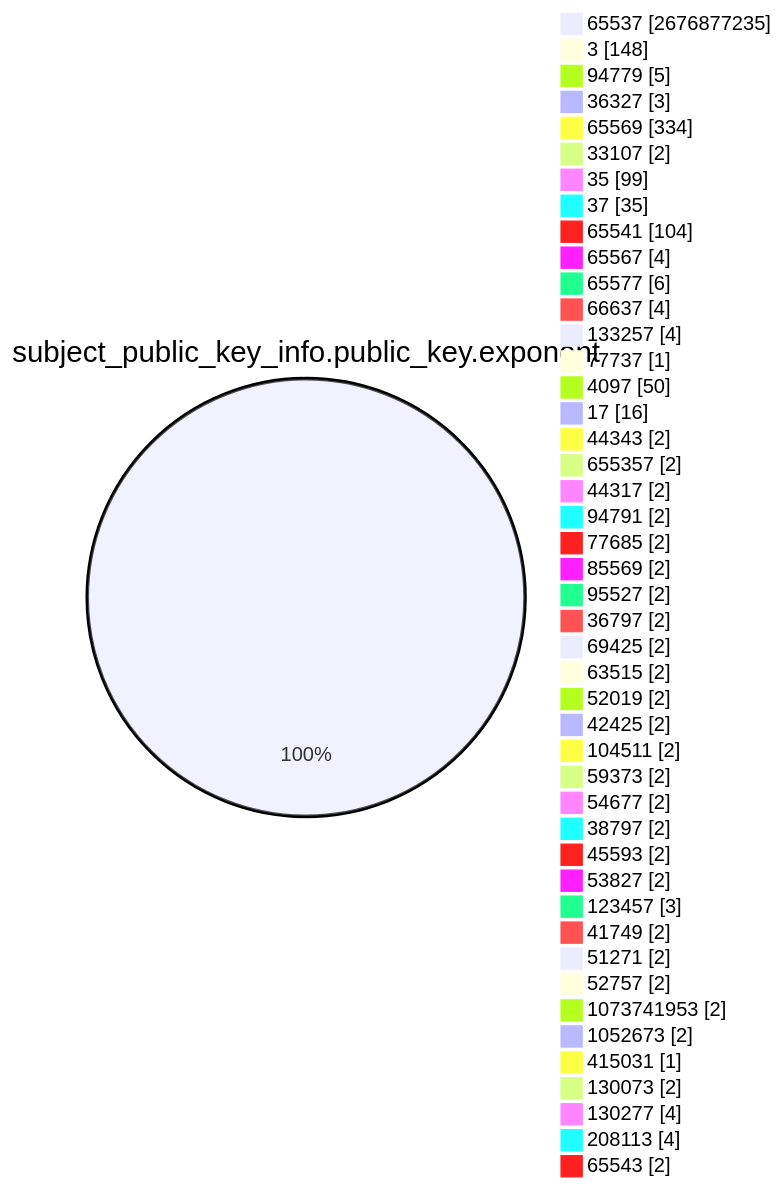
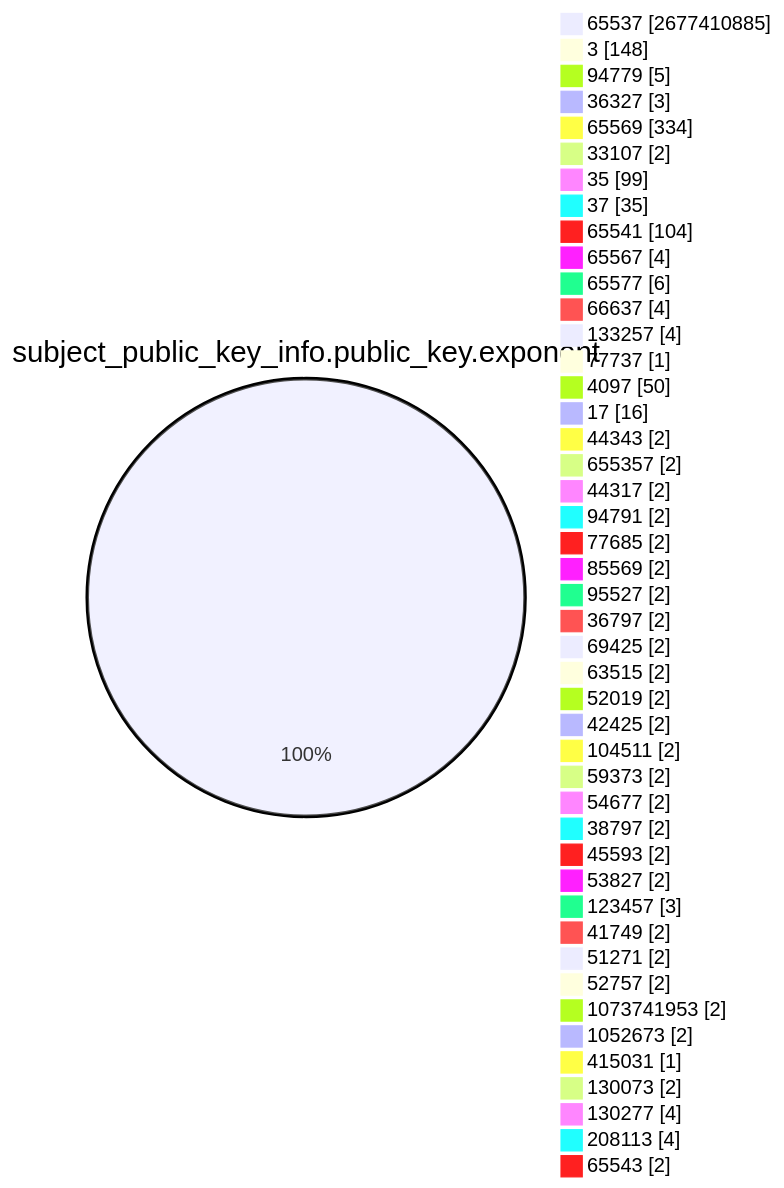
One commit to christiankrug/ctmonitor_visualization changed the fourth of 15 diagrams in TOTAL/README.md. Above: the diagram before and after it, drawn with Mermaid. The commit also changed other lines of this file, not shown here.

````diff
--- a/TOTAL/README.md
+++ b/TOTAL/README.md
@@ -1467,49 +1467,49 @@
 ```mermaid
 pie showData
 title subject_public_key_info.public_key.exponent
-"65537" :2676877235
+"65537" :2677410885
 "3" :148
 "94779" :5
 "36327" :3
 "65569" :334
 "33107" :2
 "35" :99
 "37" :35
 "65541" :104
 "65567" :4
 "65577" :6
 "66637" :4
 "133257" :4
 "77737" :1
 "4097" :50
 "17" :16
 "44343" :2
 "655357" :2
 "44317" :2
 "94791" :2
 "77685" :2
 "85569" :2
 "95527" :2
 "36797" :2
 "69425" :2
 "63515" :2
 "52019" :2
 "42425" :2
 "104511" :2
 "59373" :2
 "54677" :2
 "38797" :2
 "45593" :2
 "53827" :2
 "123457" :3
 "41749" :2
 "51271" :2
 "52757" :2
 "1073741953" :2
 "1052673" :2
 "415031" :1
 "130073" :2
 "130277" :4
 "208113" :4
 "65543" :2
 ```
````
